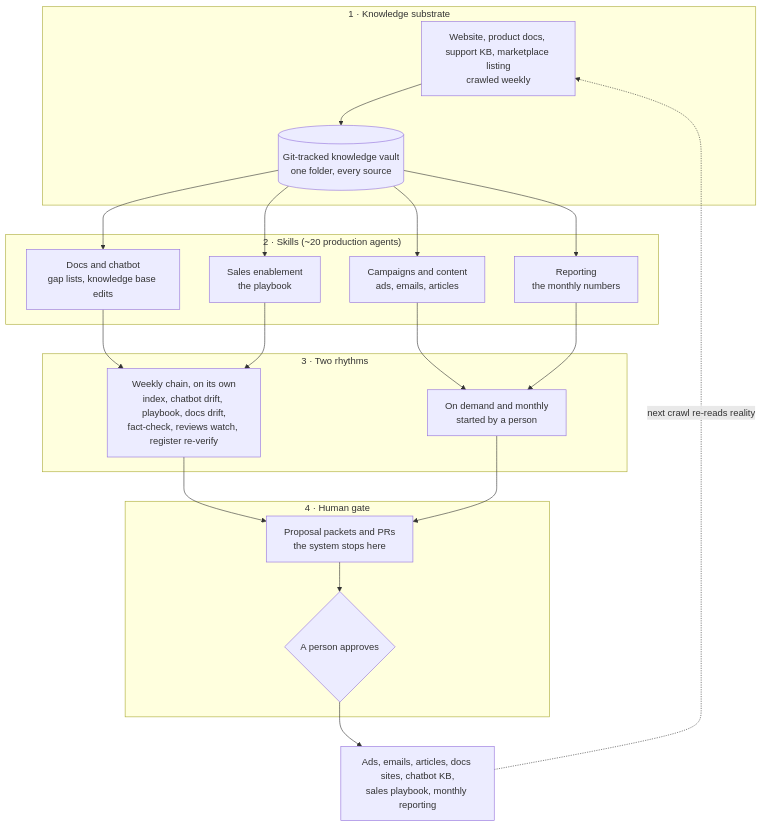
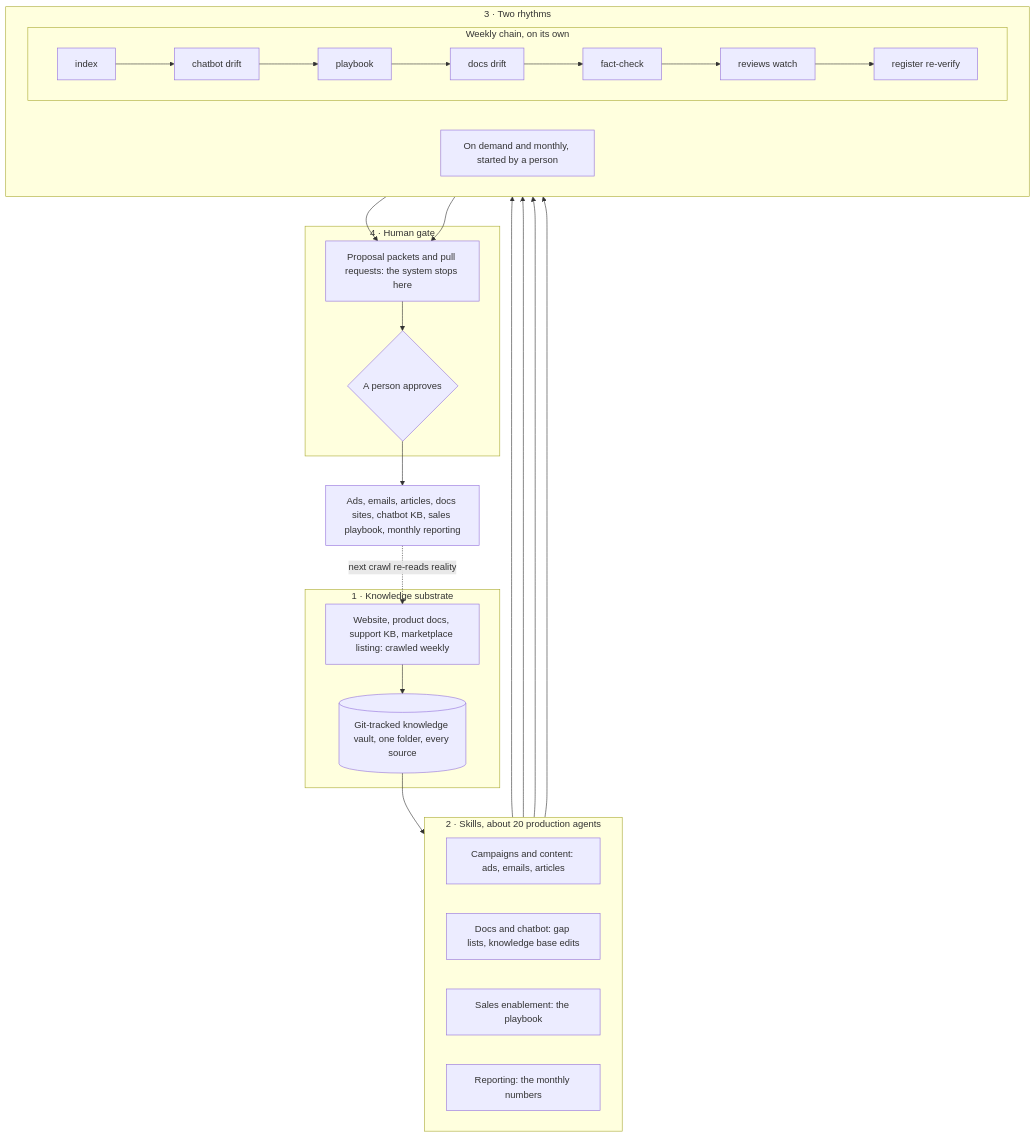
One commit to nunomnferreirapt/ai-operated-growth-engine changed the diagram in evidence/case-studies/how-it-was-run-the-ai-operating-system.md. Above: the diagram before and after it, drawn with Mermaid. The commit also changed 1 other file, not shown here.

Commit message:
Diagrams: one line per box, GitHub clips multi-line labels; the weekly chain drawn as stages
Claude-Session: https://claude.ai/code/session_013vAMTruojjzTuNGSxvVixS

````diff
--- a/evidence/case-studies/how-it-was-run-the-ai-operating-system.md
+++ b/evidence/case-studies/how-it-was-run-the-ai-operating-system.md
@@ -24,36 +24,33 @@
 ```mermaid
 flowchart TB
     subgraph L1["1 · Knowledge substrate"]
-        S["`Website, product docs, support KB, marketplace listing
-crawled weekly`"] --> V[("`Git-tracked knowledge vault
-one folder, every source`")]
+        S["Website, product docs, support KB, marketplace listing: crawled weekly"] --> V[("Git-tracked knowledge vault, one folder, every source")]
     end
-    subgraph L2["2 · Skills (~20 production agents)"]
-        V --> A["`Campaigns and content
-ads, emails, articles`"]
-        V --> D["`Docs and chatbot
-gap lists, knowledge base edits`"]
-        V --> E["`Sales enablement
-the playbook`"]
-        V --> R["`Reporting
-the monthly numbers`"]
+    subgraph L2["2 · Skills, about 20 production agents"]
+        direction LR
+        A["Campaigns and content: ads, emails, articles"]
+        D["Docs and chatbot: gap lists, knowledge base edits"]
+        E["Sales enablement: the playbook"]
+        R["Reporting: the monthly numbers"]
     end
+    V --> L2
     subgraph L3["3 · Two rhythms"]
-        D --> CH["`Weekly chain, on its own
-index, chatbot drift, playbook, docs drift,
-fact-check, reviews watch, register re-verify`"]
-        E --> CH
-        A --> OD["`On demand and monthly
-started by a person`"]
-        R --> OD
+        direction LR
+        subgraph CH["Weekly chain, on its own"]
+            direction LR
+            s1["index"] --> s2["chatbot drift"] --> s3["playbook"] --> s4["docs drift"] --> s5["fact-check"] --> s6["reviews watch"] --> s7["register re-verify"]
+        end
+        OD["On demand and monthly, started by a person"]
     end
+    D --> CH
+    E --> CH
+    A --> OD
+    R --> OD
     subgraph L4["4 · Human gate"]
-        CH --> P["`Proposal packets and PRs
-the system stops here`"]
-        OD --> P
-        P --> H{"A person approves"}
+        P["Proposal packets and pull requests: the system stops here"] --> H{"A person approves"}
     end
-    H --> OUT["`Ads, emails, articles, docs sites, chatbot KB,
-sales playbook, monthly reporting`"]
+    CH --> P
+    OD --> P
+    H --> OUT["Ads, emails, articles, docs sites, chatbot KB, sales playbook, monthly reporting"]
     OUT -.->|next crawl re-reads reality| S
 ```
````
